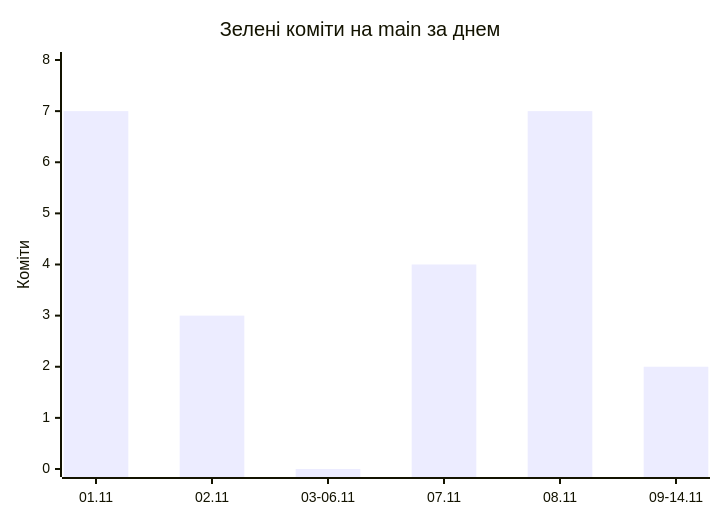
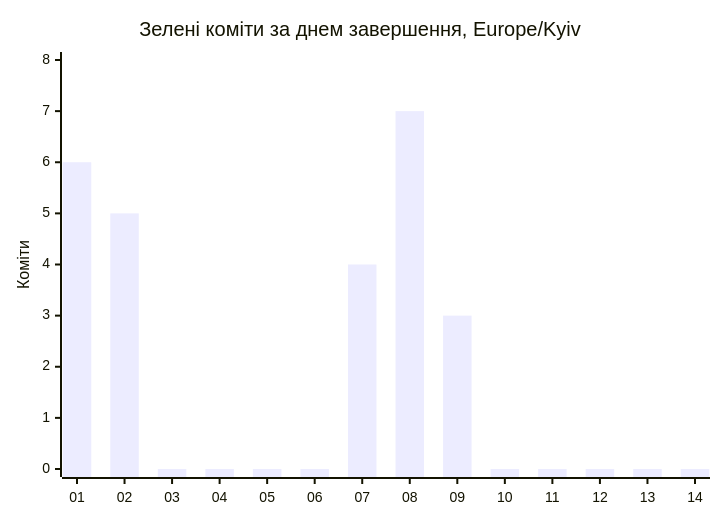
Before and after one commit to ukma-fin-ssdm-2026/Monkey-Business-project: the first of 3 diagrams in docs/ci-cd/dora-summary.md, drawn with Mermaid. The commit also changed other lines of this file and 3 other files, not shown here.

````diff
--- a/docs/ci-cd/dora-summary.md
+++ b/docs/ci-cd/dora-summary.md
@@ -136,7 +89,7 @@
 ```mermaid
 xychart-beta
-    title "Зелені коміти на main за днем"
-    x-axis ["01.11", "02.11", "03-06.11", "07.11", "08.11", "09-14.11"]
+    title "Зелені коміти за днем завершення, Europe/Kyiv"
+    x-axis ["01", "02", "03", "04", "05", "06", "07", "08", "09", "10", "11", "12", "13", "14"]
     y-axis "Коміти" 0 --> 8
-    bar [7, 3, 0, 4, 7, 2]
+    bar [6, 5, 0, 0, 0, 0, 4, 7, 3, 0, 0, 0, 0, 0]
 ```
````
